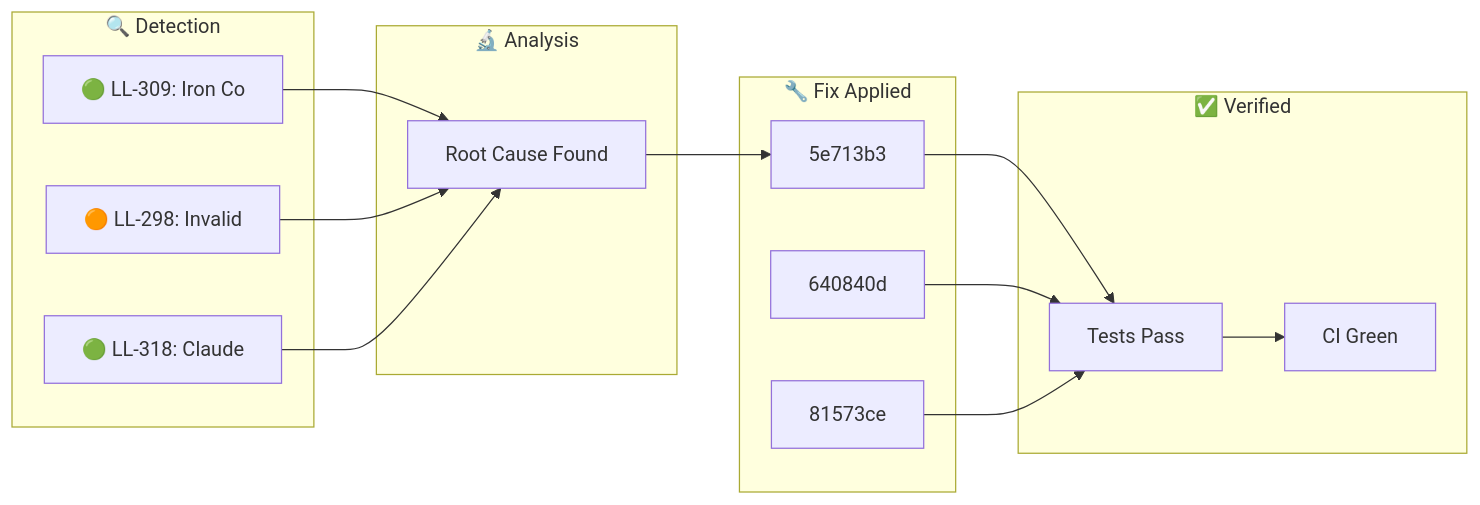
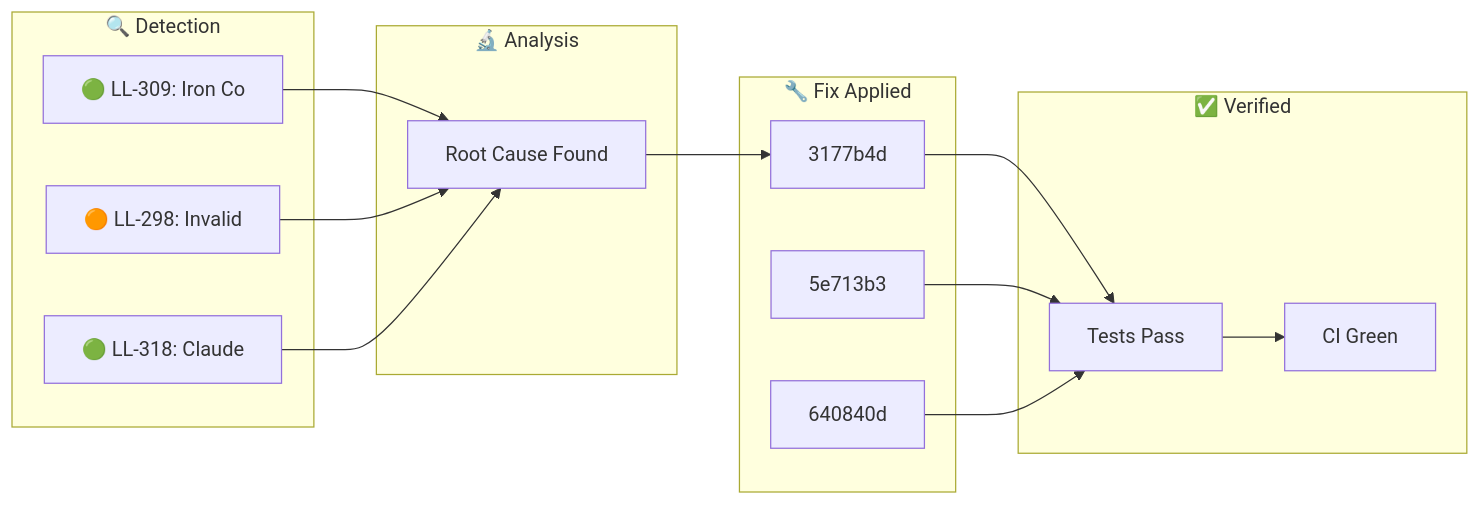
Before and after one commit to YoByron/trading: the diagram in docs/_posts/2026-01-28-ralph-discovery.md, drawn with Mermaid. The commit also changed other lines of this file, not shown here.

Commit message:
docs(ralph): Auto-publish discovery blog post

````diff
--- a/docs/_posts/2026-01-28-ralph-discovery.md
+++ b/docs/_posts/2026-01-28-ralph-discovery.md
@@ -17,28 +17,28 @@
 ```mermaid
 flowchart LR
     subgraph Detection["🔍 Detection"]
         D1["🟢 LL-309: Iron Co"]
         D2["🟠 LL-298: Invalid"]
         D3["🟢 LL-318: Claude "]
     end
     subgraph Analysis["🔬 Analysis"]
         A1["Root Cause Found"]
     end
     subgraph Fix["🔧 Fix Applied"]
-        F1["5e713b3"]
-        F2["640840d"]
-        F3["81573ce"]
+        F1["3177b4d"]
+        F2["5e713b3"]
+        F3["640840d"]
     end
     subgraph Verify["✅ Verified"]
         V1["Tests Pass"]
         V2["CI Green"]
     end
     D1 --> A1
     D2 --> A1
     D3 --> A1
     A1 --> F1
     F1 --> V1
     F2 --> V1
     F3 --> V1
     V1 --> V2
 ```
````
